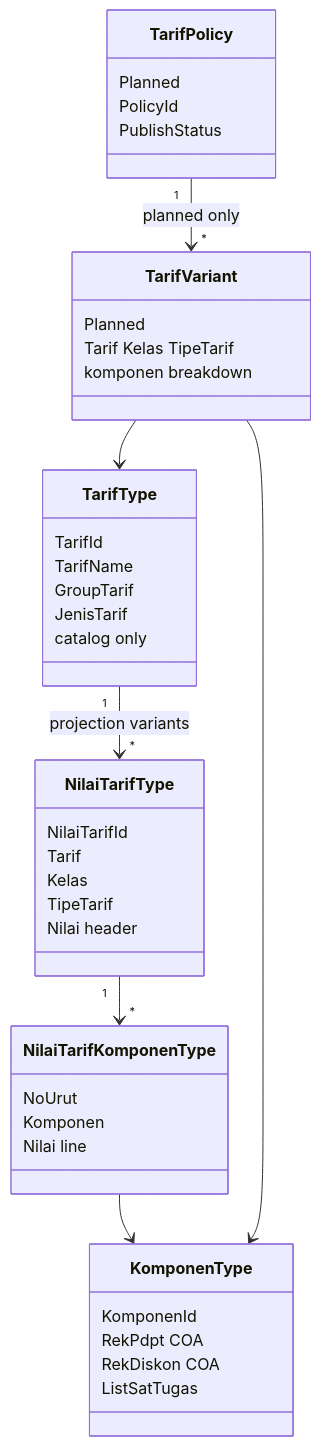
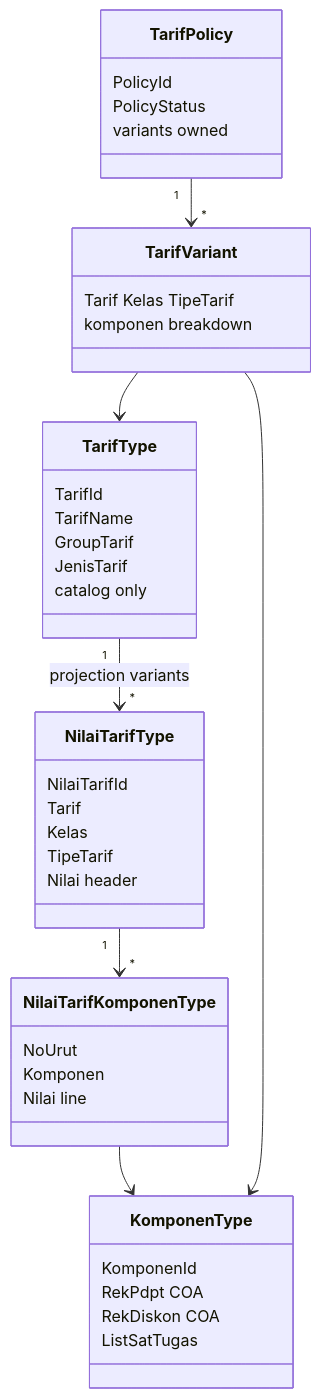
The first of 3 diagrams in docs/contexts/tarif/tarif-02-domain.md (smart-ics/b09-bilreg-api), drawn with Mermaid before and after one commit. The commit also changed other lines of this file and 9 other files, not shown here.

Commit message:
🏗️ Implementing Phase-1 domain alignment: starting with TarifPolicyType and TarifVariantType behavior.

````diff
--- a/docs/contexts/tarif/tarif-02-domain.md
+++ b/docs/contexts/tarif/tarif-02-domain.md
@@ -28,53 +28,52 @@
 ```mermaid
 classDiagram
     direction TB
 
     class TarifType {
         TarifId
         TarifName
         GroupTarif
         JenisTarif
         catalog only
     }
 
     class NilaiTarifType {
         NilaiTarifId
         Tarif
         Kelas
         TipeTarif
         Nilai header
     }
 
     class NilaiTarifKomponenType {
         NoUrut
         Komponen
         Nilai line
     }
 
     class KomponenType {
         KomponenId
         RekPdpt COA
         RekDiskon COA
         ListSatTugas
     }
 
     class TarifPolicy {
-        Planned
         PolicyId
-        PublishStatus
+        PolicyStatus
+        variants owned
     }
 
     class TarifVariant {
-        Planned
         Tarif Kelas TipeTarif
         komponen breakdown
     }
 
     TarifType "1" --> "*" NilaiTarifType : projection variants
     NilaiTarifType "1" --> "*" NilaiTarifKomponenType
     NilaiTarifKomponenType --> KomponenType
 
-    TarifPolicy "1" --> "*" TarifVariant : planned only
+    TarifPolicy "1" --> "*" TarifVariant
     TarifVariant --> TarifType
     TarifVariant --> KomponenType
 ```
````
